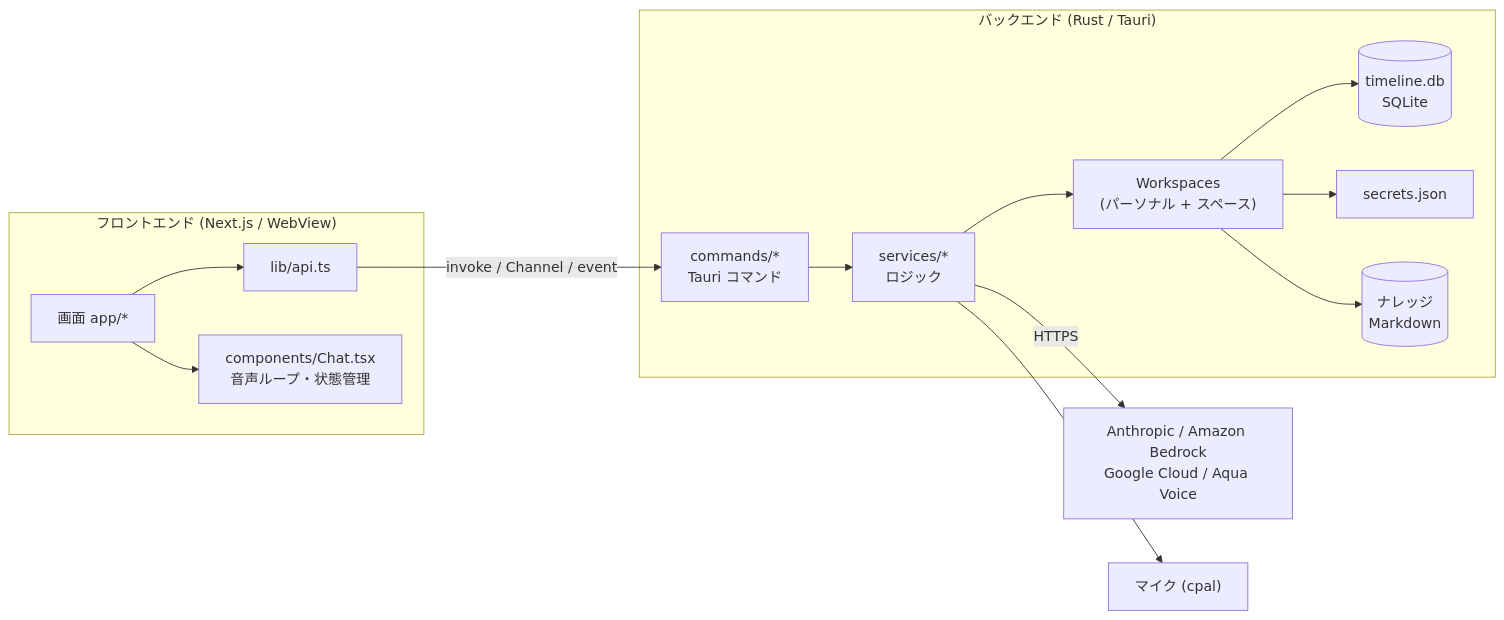
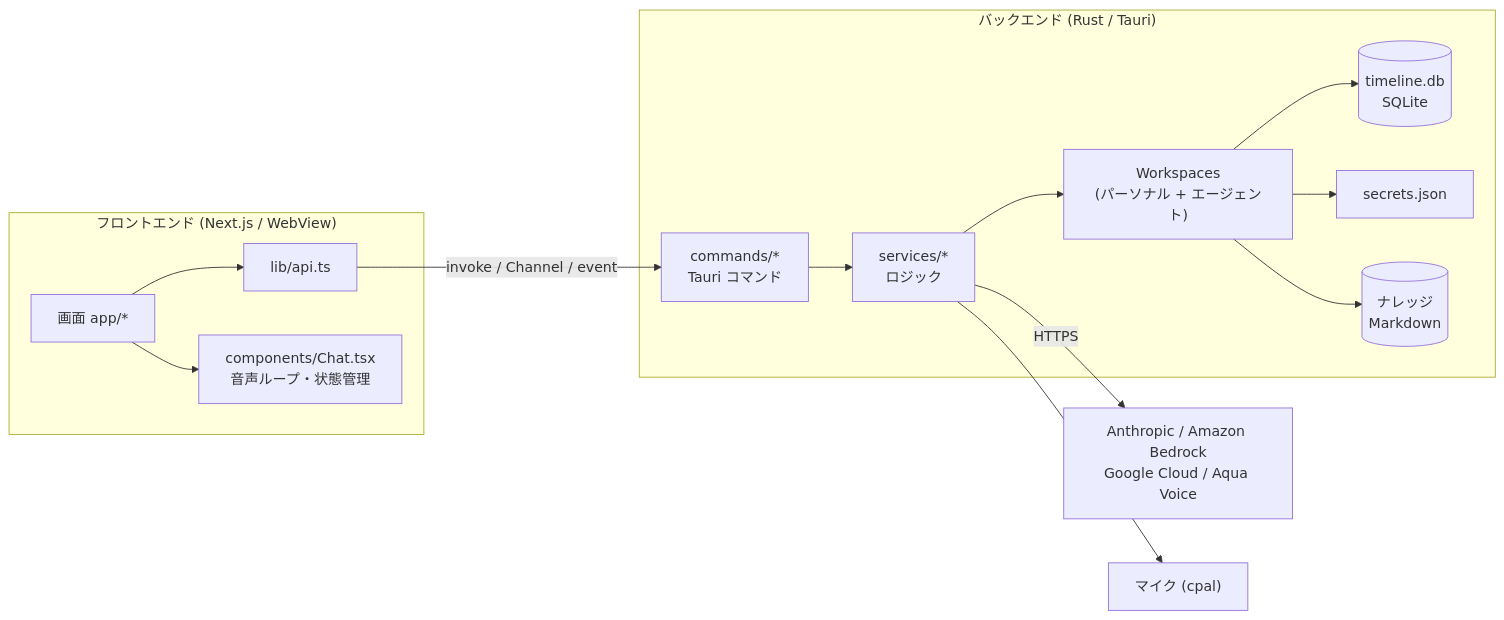
The first of 2 diagrams in docs/architecture.md (long-in/MyAssistant), drawn with Mermaid before and after one commit. The commit also changed other lines of this file and 84 other files, not shown here.

First line of the commit message:
refactor: 「スペース」を「エージェント」へ改称する

````diff
--- a/docs/architecture.md
+++ b/docs/architecture.md
@@ -7,17 +7,17 @@
 ```mermaid
 flowchart LR
   subgraph FE["フロントエンド (Next.js / WebView)"]
     UI["画面 app/*"] --> API["lib/api.ts"]
     UI --> Chat["components/Chat.tsx<br/>音声ループ・状態管理"]
   end
   subgraph BE["バックエンド (Rust / Tauri)"]
     CMD["commands/*<br/>Tauri コマンド"] --> SVC["services/*<br/>ロジック"]
-    SVC --> WS["Workspaces<br/>(パーソナル + スペース)"]
+    SVC --> WS["Workspaces<br/>(パーソナル + エージェント)"]
     WS --> DB[("timeline.db<br/>SQLite")]
     WS --> SEC["secrets.json"]
     WS --> KN[("ナレッジ<br/>Markdown")]
   end
   API -- invoke / Channel / event --> CMD
   SVC -- HTTPS --> EXT["Anthropic / Amazon Bedrock<br/>Google Cloud / Aqua Voice"]
   SVC --> MIC["マイク (cpal)"]
 ```
````
